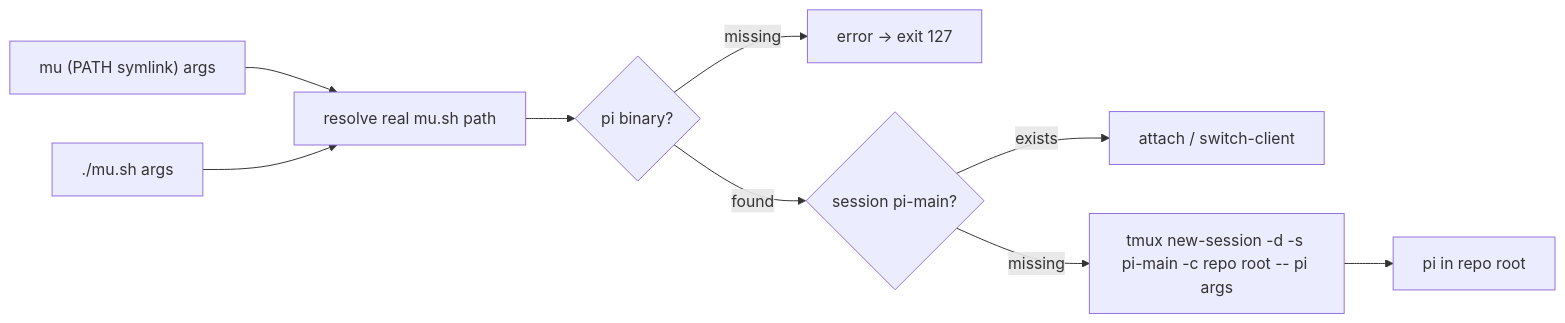
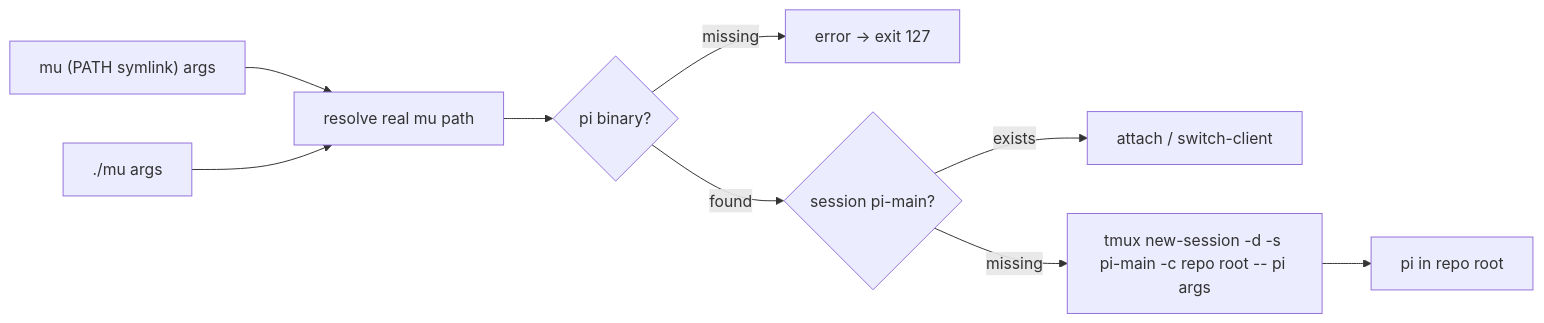
One commit to jseto/ai-commander changed the diagram in specs/mu-launcher/mu-launcher-design.md. Above: the diagram before and after it, drawn with Mermaid. The commit also changed other lines of this file and 3 other files, not shown here.

````diff
--- a/specs/mu-launcher/mu-launcher-design.md
+++ b/specs/mu-launcher/mu-launcher-design.md
@@ -12,11 +13,11 @@
 ```mermaid
 flowchart LR
-  U["mu (PATH symlink) args"] --> R["resolve real mu.sh path"]
-  U2["./mu.sh args"] --> R
+  U["mu (PATH symlink) args"] --> R["resolve real mu path"]
+  U2["./mu args"] --> R
   R --> V{pi binary?}
   V -->|missing| E["error → exit 127"]
   V -->|found| W{session pi-main?}
   W -->|exists| A["attach / switch-client"]
   W -->|missing| T["tmux new-session -d -s pi-main -c repo root -- pi args"]
   T --> P["pi in repo root"]
 ```
````
